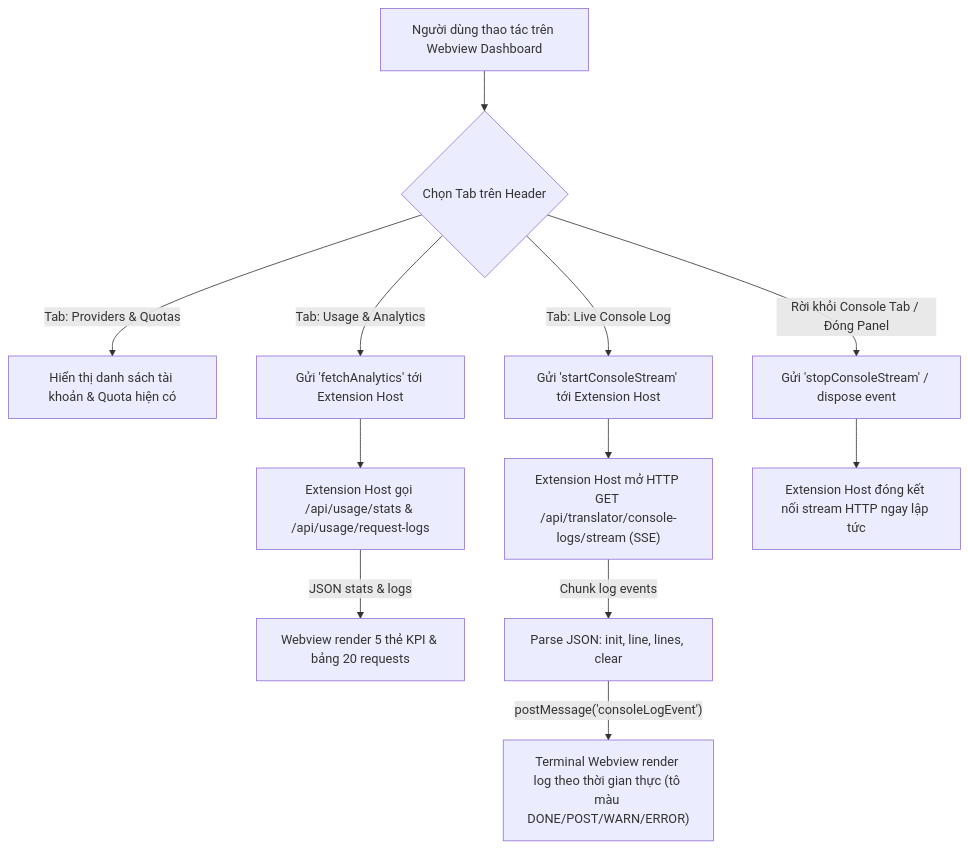
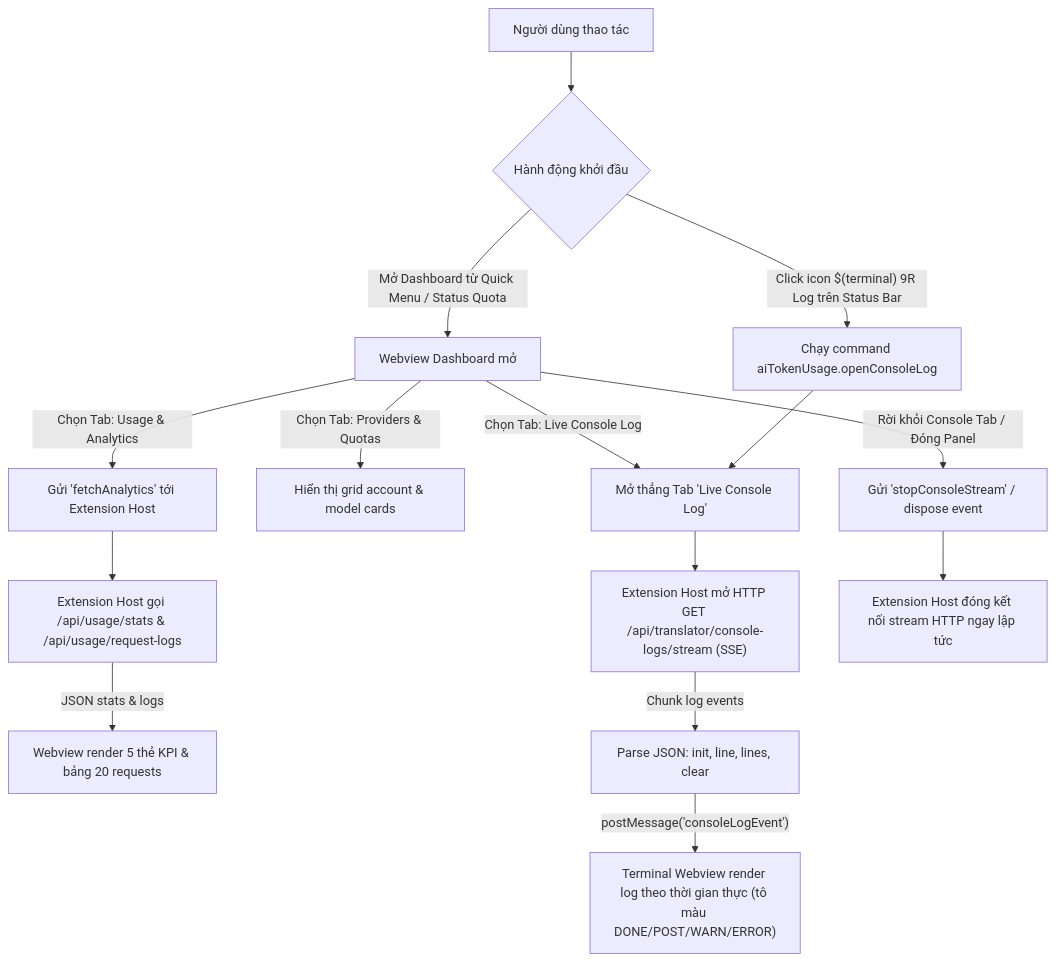
Before and after one commit to minhtalent-dev/9router-monitor-pro: the diagram in planning/tasks/20260918_dashboard_console_log_and_analytics/TASK_DASHBOARD_CONSOLE_LOG_AND_ANALYTICS.md, drawn with Mermaid. The commit also changed other lines of this file, not shown here.

Commit message:
docs(plan): cap nhat Option 2 status bar log widget vao task plan TASK-20260918-001

````diff
--- a/planning/tasks/20260918_dashboard_console_log_and_analytics/TASK_DASHBOARD_CONSOLE_LOG_AND_ANALYTICS.md
+++ b/planning/tasks/20260918_dashboard_console_log_and_analytics/TASK_DASHBOARD_CONSOLE_LOG_AND_ANALYTICS.md
@@ -117,17 +135,21 @@
 ```mermaid
 flowchart TD
-    User["Người dùng thao tác trên Webview Dashboard"] --> TabSwitch{"Chọn Tab trên Header"}
-    TabSwitch -->|"Tab: Providers & Quotas"| Tab1["Hiển thị danh sách tài khoản & Quota hiện có"]
-    TabSwitch -->|"Tab: Usage & Analytics"| Tab2["Gửi 'fetchAnalytics' tới Extension Host"]
-    TabSwitch -->|"Tab: Live Console Log"| Tab3["Gửi 'startConsoleStream' tới Extension Host"]
+    User["Người dùng thao tác"] --> Choice{"Hành động khởi đầu"}
+    Choice -->|"Click icon $(terminal) 9R Log trên Status Bar"| DirectLog["Chạy command aiTokenUsage.openConsoleLog"]
+    Choice -->|"Mở Dashboard từ Quick Menu / Status Quota"| TabSwitch["Webview Dashboard mở"]
+    DirectLog --> Tab3["Mở thẳng Tab 'Live Console Log'"]
+
+    TabSwitch -->|"Chọn Tab: Providers & Quotas"| Tab1["Hiển thị grid account & model cards"]
+    TabSwitch -->|"Chọn Tab: Usage & Analytics"| Tab2["Gửi 'fetchAnalytics' tới Extension Host"]
+    TabSwitch -->|"Chọn Tab: Live Console Log"| Tab3
 
     Tab2 --> ExtHost1["Extension Host gọi /api/usage/stats & /api/usage/request-logs"]
     ExtHost1 -->|"JSON stats & logs"| WebviewUpdate1["Webview render 5 thẻ KPI & bảng 20 requests"]
 
     Tab3 --> ExtHost2["Extension Host mở HTTP GET /api/translator/console-logs/stream (SSE)"]
     ExtHost2 -->|"Chunk log events"| ExtHostFilter["Parse JSON: init, line, lines, clear"]
     ExtHostFilter -->|"postMessage('consoleLogEvent')"| WebviewTerminal["Terminal Webview render log theo thời gian thực (tô màu DONE/POST/WARN/ERROR)"]
 
     TabSwitch -->|"Rời khỏi Console Tab / Đóng Panel"| AbortSignal["Gửi 'stopConsoleStream' / dispose event"]
     AbortSignal --> ExtHostAbort["Extension Host đóng kết nối stream HTTP ngay lập tức"]
 ```
````
